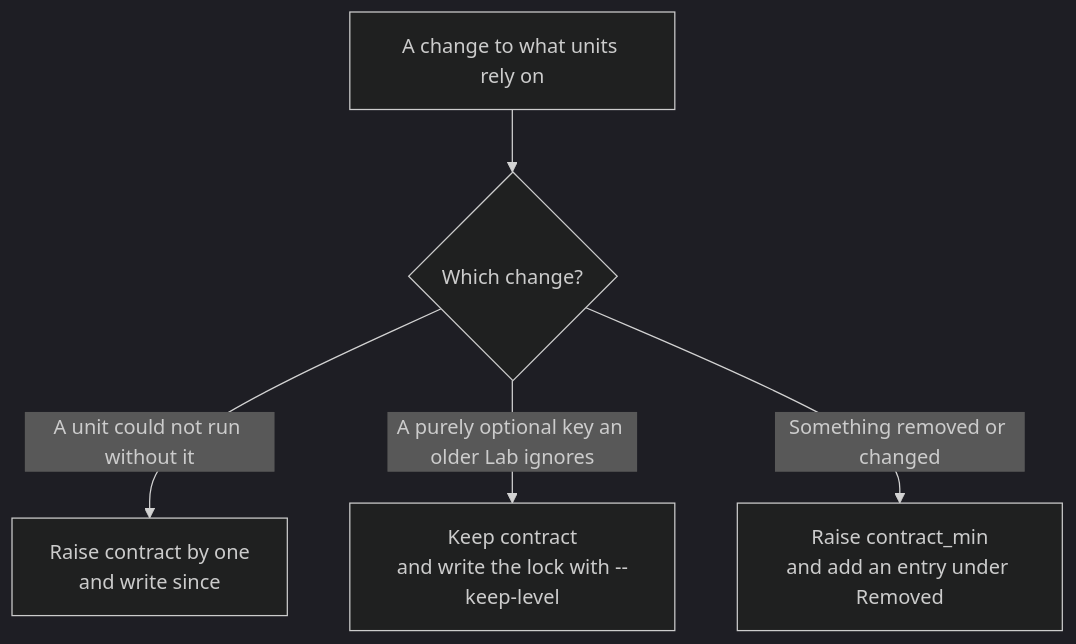
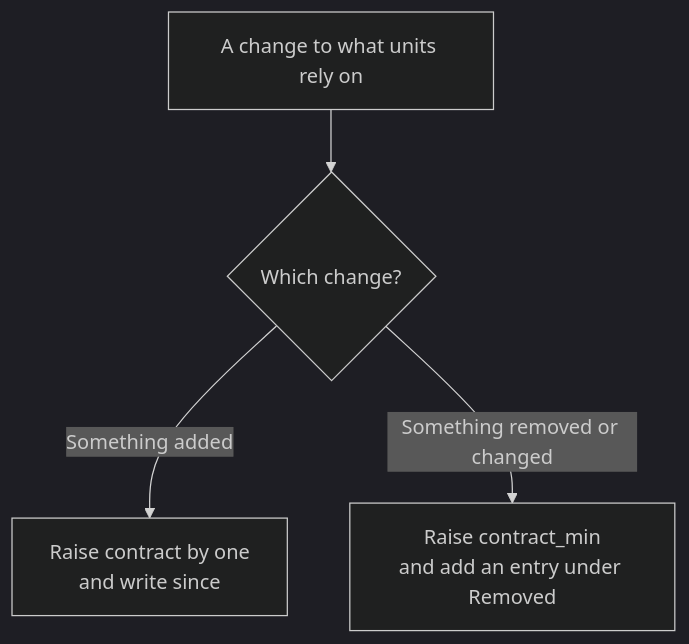
The diagram in docs/contract.md (gravitee-io-labs/gravitee-lab), drawn with Mermaid (dark theme) before and after one commit. The commit also changed other lines of this file and 12 other files, not shown here.

Commit message:
What a published catalog says in a nested key of catalog.yml, a value a newer Lab gives, or a value of a label this Lab does not act on needs a newer Gravitee Lab; the lock lists the values of labels, and every addition raises contract: there is no level to keep

````diff
--- a/docs/contract.md
+++ b/docs/contract.md
@@ -273,7 +282,6 @@
 ```mermaid
 flowchart TD
   change["A change to what units rely on"] --> kind{"Which change?"}
-  kind -->|"A unit could not run without it"| raise["Raise contract by one<br/>and write since"]
-  kind -->|"A purely optional key an older Lab ignores"| keep["Keep contract<br/>and write the lock with --keep-level"]
+  kind -->|"Something added"| raise["Raise contract by one<br/>and write since"]
   kind -->|"Something removed or changed"| floor["Raise contract_min<br/>and add an entry under Removed"]
 ```
````
